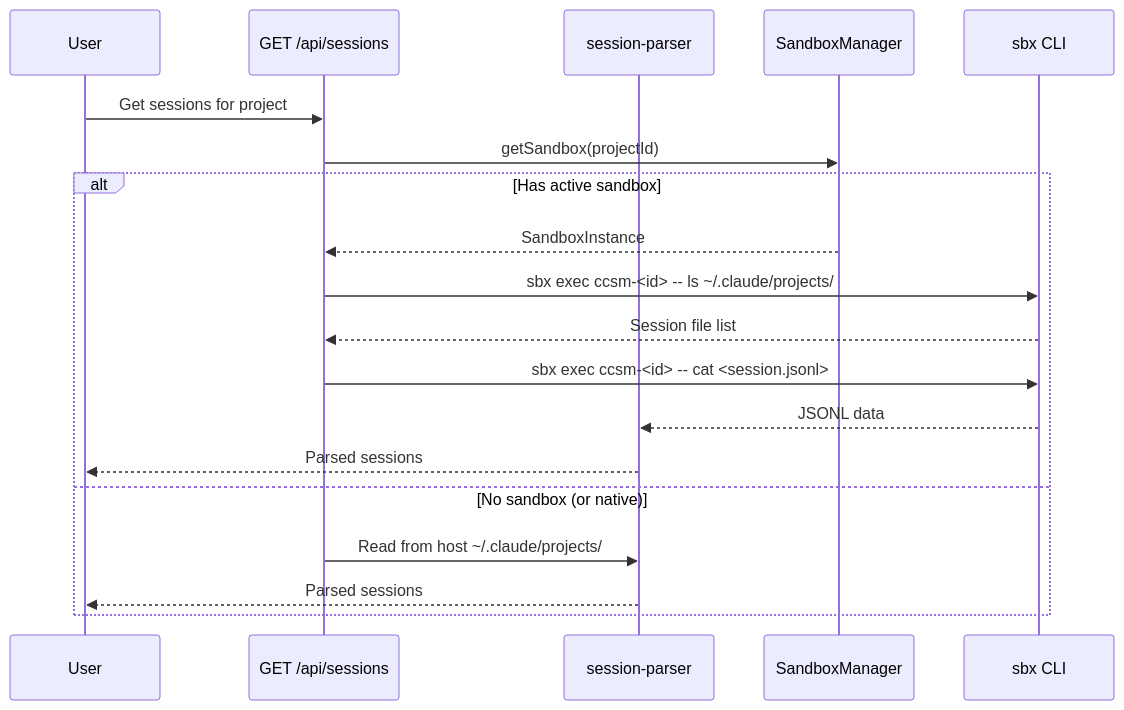
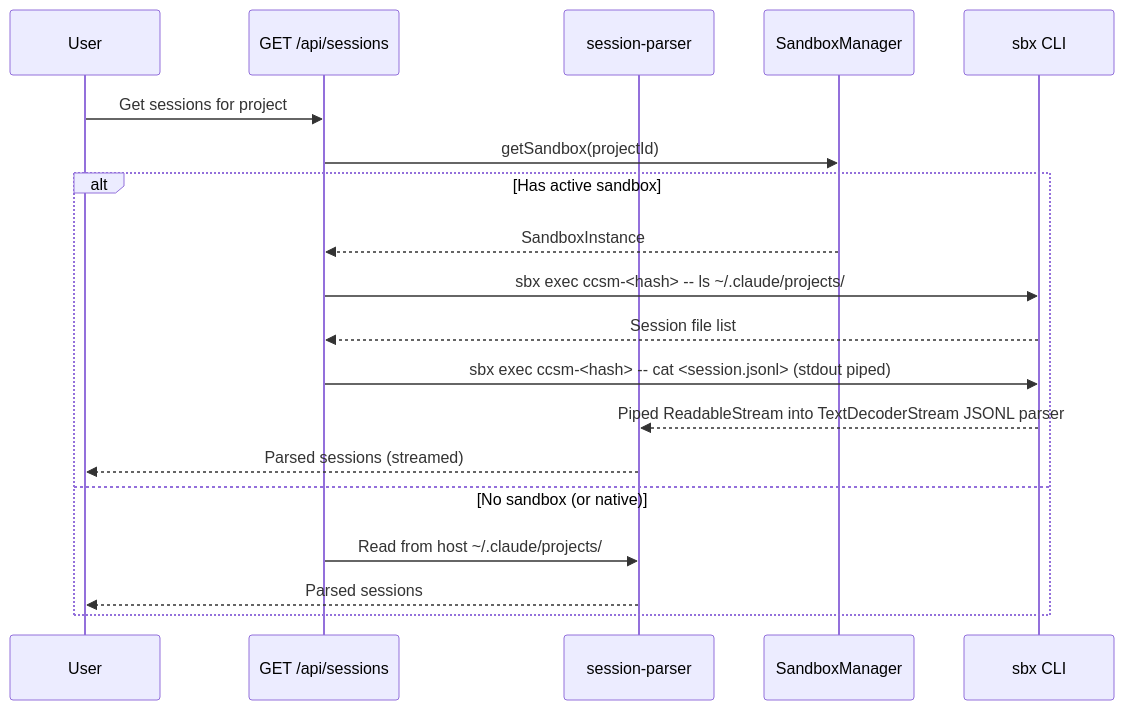
Before and after one commit to TETRA2000/cc-session-manager: the third of 5 diagrams in .kiro/specs/sandbox/design.md, drawn with Mermaid. The commit also changed other lines of this file and 1 other file, not shown here.

First line of the commit message:
Fix 3 design review issues: naming, streaming, sbx ls parsing

````diff
--- a/.kiro/specs/sandbox/design.md
+++ b/.kiro/specs/sandbox/design.md
@@ -143,22 +145,22 @@
 ```mermaid
 sequenceDiagram
     participant User
     participant SessionRoute as GET /api/sessions
     participant SessionParser as session-parser
     participant SandboxMgr as SandboxManager
     participant SbxCLI as sbx CLI
 
     User->>SessionRoute: Get sessions for project
     SessionRoute->>SandboxMgr: getSandbox(projectId)
     alt Has active sandbox
         SandboxMgr-->>SessionRoute: SandboxInstance
-        SessionRoute->>SbxCLI: sbx exec ccsm-<id> -- ls ~/.claude/projects/
+        SessionRoute->>SbxCLI: sbx exec ccsm-<hash> -- ls ~/.claude/projects/
         SbxCLI-->>SessionRoute: Session file list
-        SessionRoute->>SbxCLI: sbx exec ccsm-<id> -- cat <session.jsonl>
-        SbxCLI-->>SessionParser: JSONL data
-        SessionParser-->>User: Parsed sessions
+        SessionRoute->>SbxCLI: sbx exec ccsm-<hash> -- cat <session.jsonl> (stdout piped)
+        SbxCLI-->>SessionParser: Piped ReadableStream into TextDecoderStream JSONL parser
+        SessionParser-->>User: Parsed sessions (streamed)
     else No sandbox (or native)
         SessionRoute->>SessionParser: Read from host ~/.claude/projects/
         SessionParser-->>User: Parsed sessions
     end
 ```
````
